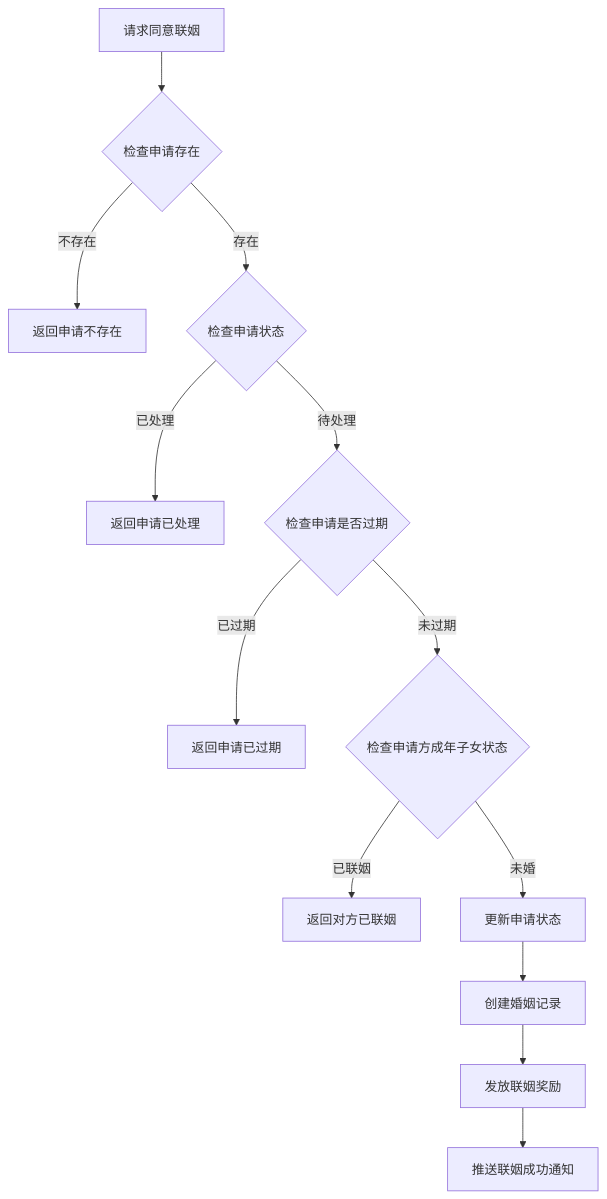
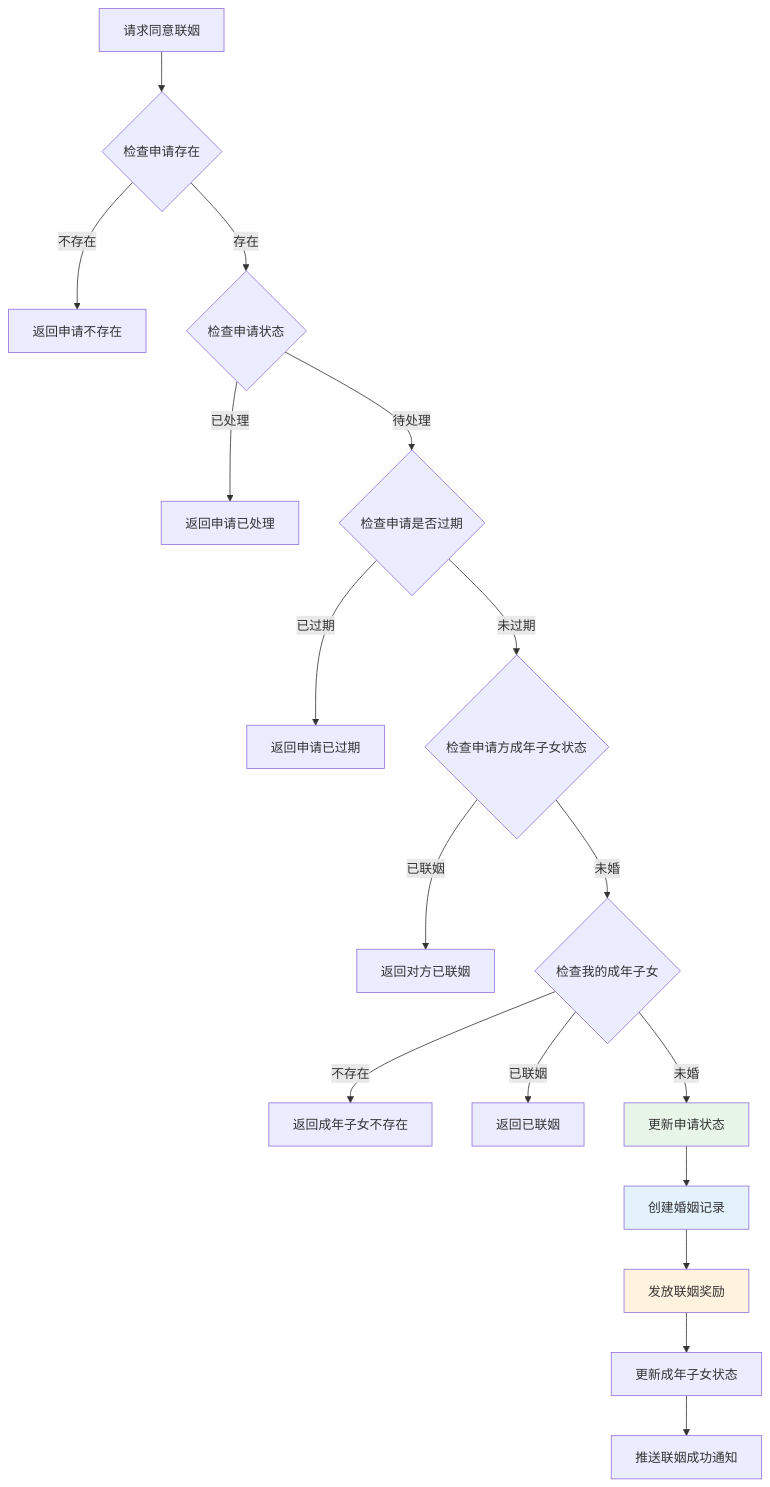
Before and after one commit to Alan-Ben/k2c_game_framework: the sixth of 12 diagrams in docs/Module_Child/05_完整说明.md, drawn with Mermaid. The commit also changed other lines of this file and 7 other files, not shown here.

````diff
--- a/docs/Module_Child/05_完整说明.md
+++ b/docs/Module_Child/05_完整说明.md
@@ -198,15 +224,23 @@
 ```mermaid
 flowchart TD
     A[请求同意联姻] --> B{检查申请存在}
     B -->|不存在| C[返回申请不存在]
     B -->|存在| D{检查申请状态}
     D -->|已处理| E[返回申请已处理]
     D -->|待处理| F{检查申请是否过期}
     F -->|已过期| G[返回申请已过期]
     F -->|未过期| H{检查申请方成年子女状态}
     H -->|已联姻| I[返回对方已联姻]
-    H -->|未婚| J[更新申请状态]
-    J --> K[创建婚姻记录]
-    K --> L[发放联姻奖励]
-    L --> M[推送联姻成功通知]
+    H -->|未婚| J{检查我的成年子女}
+    J -->|不存在| K[返回成年子女不存在]
+    J -->|已联姻| L[返回已联姻]
+    J -->|未婚| M[更新申请状态]
+    M --> N[创建婚姻记录]
+    N --> O[发放联姻奖励]
+    O --> P[更新成年子女状态]
+    P --> Q[推送联姻成功通知]
+
+    style M fill:#e8f5e9
+    style N fill:#e3f2fd
+    style O fill:#fff3e0
 ```
````
